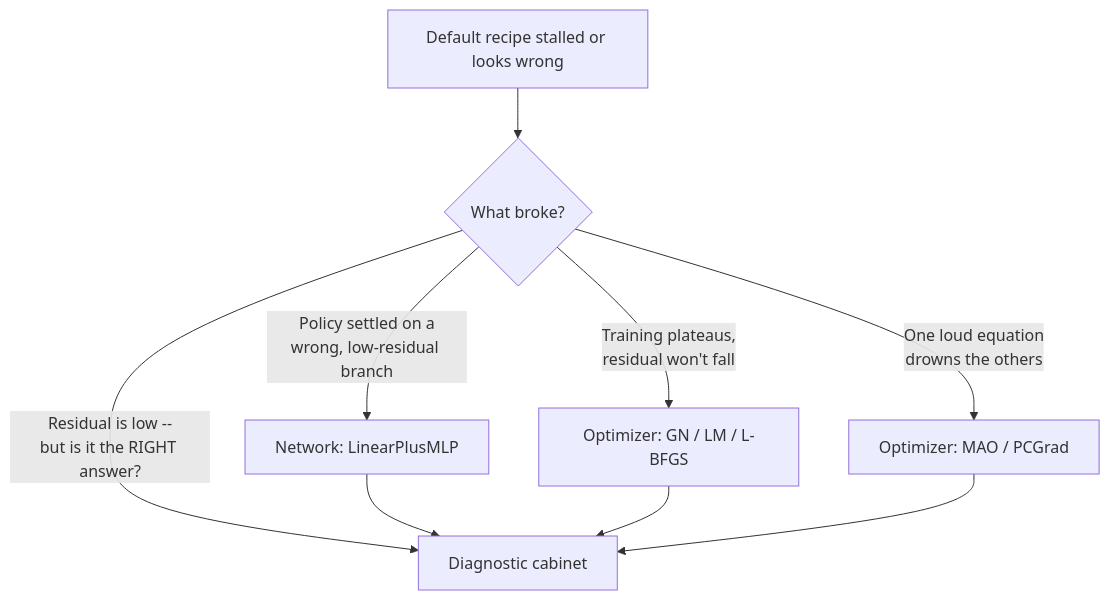
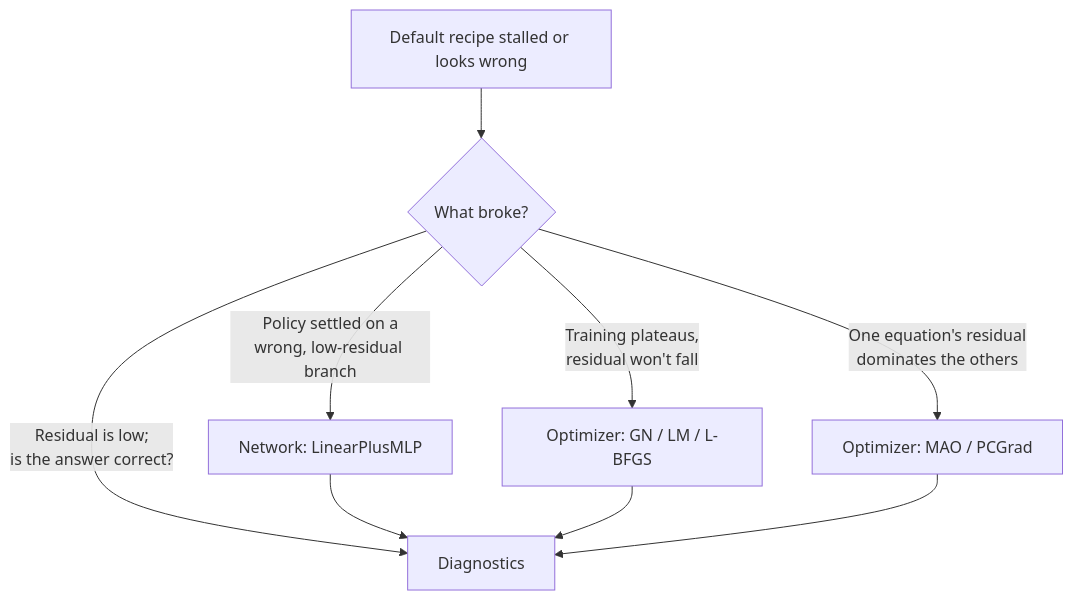
The diagram in docs/site/method-zoo/index.md (deqn-jax/deqn-jax), drawn with Mermaid before and after one commit. The commit also changed other lines of this file and 7 other files, not shown here.

````diff
--- a/docs/site/method-zoo/index.md
+++ b/docs/site/method-zoo/index.md
@@ -42,11 +28,11 @@
 ```mermaid
 flowchart TD
     A[Default recipe stalled or looks wrong] --> B{What broke?}
     B -->|"Policy settled on a<br/>wrong, low-residual branch"| C[Network: LinearPlusMLP]
     B -->|"Training plateaus,<br/>residual won't fall"| D[Optimizer: GN / LM / L-BFGS]
-    B -->|"One loud equation<br/>drowns the others"| E[Optimizer: MAO / PCGrad]
-    B -->|"Residual is low --<br/>but is it the RIGHT answer?"| F[Diagnostic cabinet]
+    B -->|"One equation's residual<br/>dominates the others"| E[Optimizer: MAO / PCGrad]
+    B -->|"Residual is low;<br/>is the answer correct?"| F[Diagnostics]
     C --> F
     D --> F
     E --> F
 ```
````
